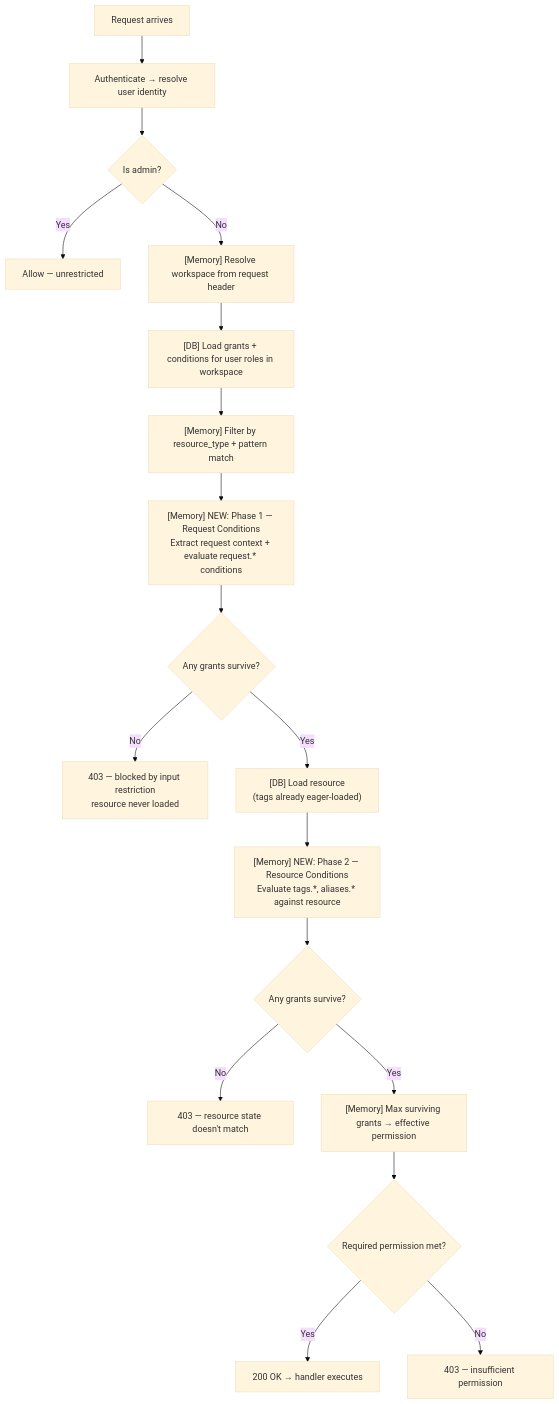
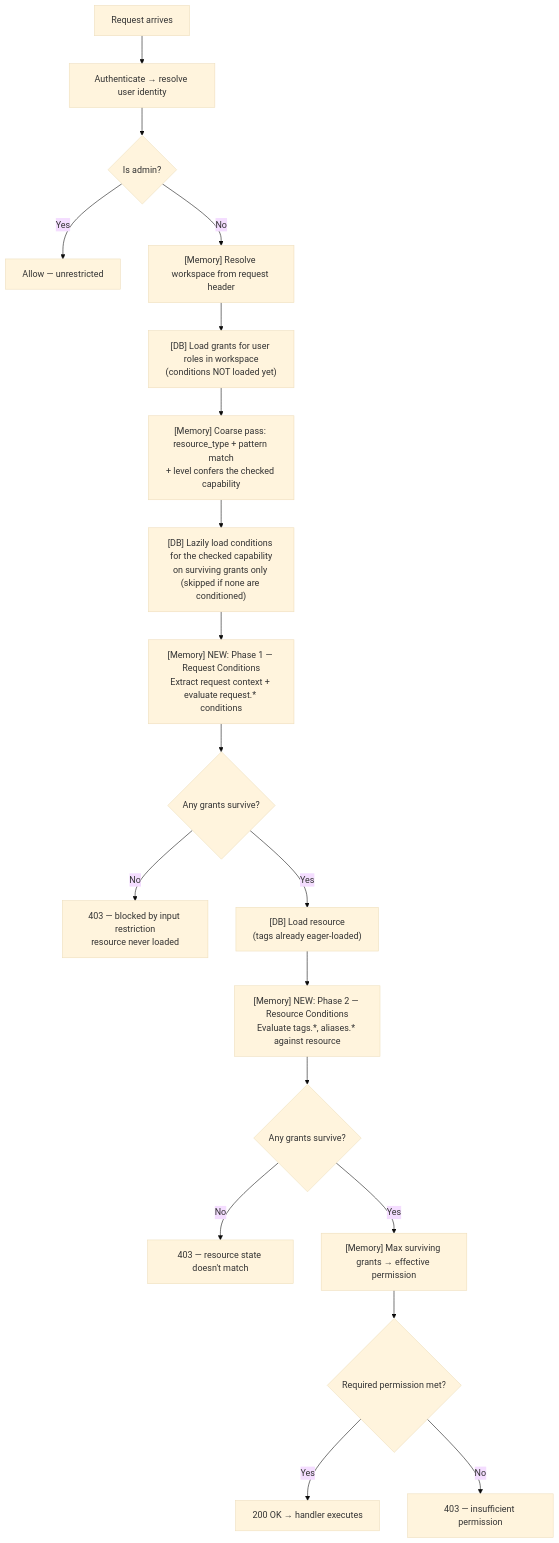
One commit to mlflow/rfcs changed the third of 3 diagrams in rfcs/0000-condition-based-access-control/0000-condition-based-access-control.md. Above: the diagram before and after it, drawn with Mermaid (base theme). The commit also changed other lines of this file, not shown here.

First line of the commit message:
docs(rfc): Model conditions per capability and align with RFC 0008

````diff
--- a/rfcs/0000-condition-based-access-control/0000-condition-based-access-control.md
+++ b/rfcs/0000-condition-based-access-control/0000-condition-based-access-control.md
@@ -280,24 +424,26 @@
 ```mermaid
 flowchart TD
     REQ[Request arrives] --> AUTHN[Authenticate → resolve user identity]
     AUTHN --> ADMIN{Is admin?}
     ADMIN -->|Yes| ALLOW[Allow — unrestricted]
     ADMIN -->|No| WORKSPACE["[Memory] Resolve workspace from request header"]
-    WORKSPACE --> LOAD_GRANTS["[DB] Load grants + conditions for user roles in workspace"]
-    LOAD_GRANTS --> PATTERN["[Memory] Filter by resource_type + pattern match"]
+    WORKSPACE --> LOAD_GRANTS["[DB] Load grants for user roles in workspace<br/>(conditions NOT loaded yet)"]
+    LOAD_GRANTS --> PATTERN["[Memory] Coarse pass: resource_type + pattern match<br/>+ level confers the checked capability"]
 
-    PATTERN --> REQ_COND["[Memory] NEW: Phase 1 — Request Conditions<br/>Extract request context + evaluate request.* conditions"]
+    PATTERN --> LOAD_COND["[DB] Lazily load conditions for the checked capability<br/>on surviving grants only (skipped if none are conditioned)"]
+
+    LOAD_COND --> REQ_COND["[Memory] NEW: Phase 1 — Request Conditions<br/>Extract request context + evaluate request.* conditions"]
     REQ_COND --> P1_CHECK{Any grants survive?}
     P1_CHECK -->|No| DENY1[403 — blocked by input restriction<br/>resource never loaded]
 
     P1_CHECK -->|Yes| LOAD_RESOURCE["[DB] Load resource<br/>(tags already eager-loaded)"]
 
     LOAD_RESOURCE --> RES_COND["[Memory] NEW: Phase 2 — Resource Conditions<br/>Evaluate tags.*, aliases.* against resource"]
     RES_COND --> P2_CHECK{Any grants survive?}
     P2_CHECK -->|No| DENY2[403 — resource state doesn't match]
 
     P2_CHECK -->|Yes| MAX["[Memory] Max surviving grants → effective permission"]
     MAX --> PERM_CHECK{Required permission met?}
     PERM_CHECK -->|Yes| HANDLER[200 OK → handler executes]
     PERM_CHECK -->|No| DENY3[403 — insufficient permission]
 ```
````
